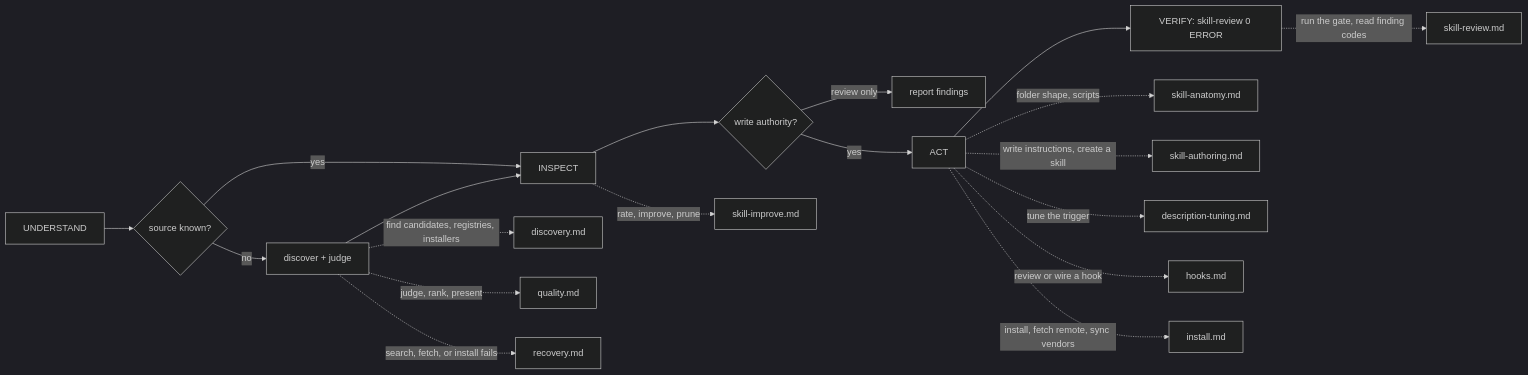
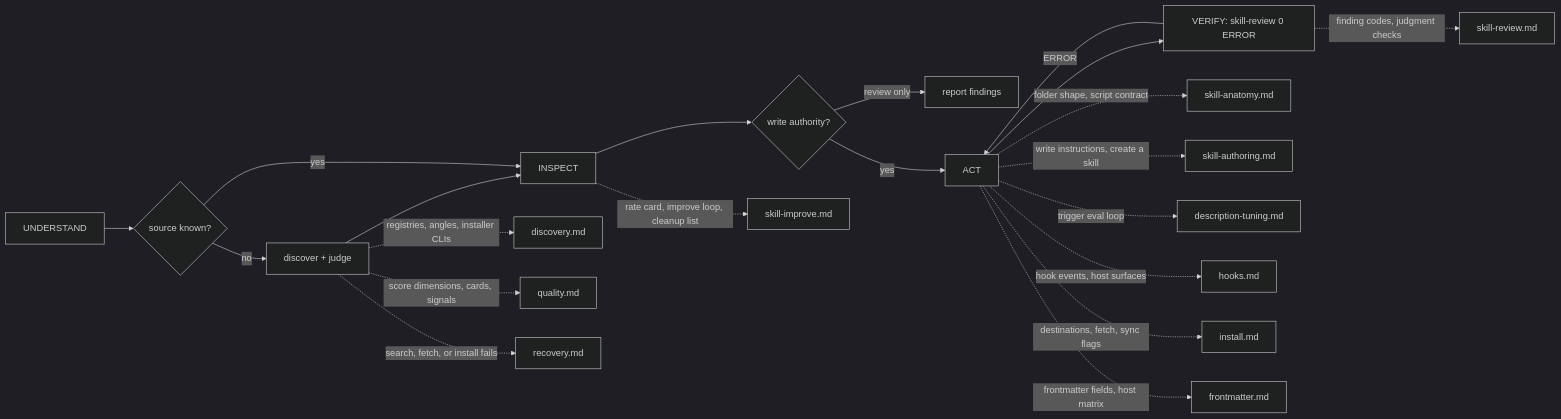
Before and after one commit to bgauryy/octocode: the diagram in skills/octocode-skills/SKILL.md, drawn with Mermaid (dark theme). The commit also changed other lines of this file and 374 other files, not shown here.

````diff
--- a/skills/octocode-skills/SKILL.md
+++ b/skills/octocode-skills/SKILL.md
@@ -17,19 +16,21 @@
 ```mermaid
 flowchart LR
   U[UNDERSTAND] --> Q{source known?}
   Q -- no --> D[discover + judge] --> I
   Q -- yes --> I[INSPECT]
   I --> W{write authority?}
   W -- "review only" --> R[report findings]
   W -- yes --> A[ACT] --> V[VERIFY: skill-review 0 ERROR]
-  D -. "find candidates, registries, installers" .-> P1["discovery.md"]
-  D -. "judge, rank, present" .-> P2["quality.md"]
+  V -- ERROR --> A
+  D -. "registries, angles, installer CLIs" .-> P1["discovery.md"]
+  D -. "score dimensions, cards, signals" .-> P2["quality.md"]
   D -. "search, fetch, or install fails" .-> P3["recovery.md"]
-  I -. "rate, improve, prune" .-> P4["skill-improve.md"]
-  A -. "folder shape, scripts" .-> P5["skill-anatomy.md"]
+  I -. "rate card, improve loop, cleanup list" .-> P4["skill-improve.md"]
+  A -. "folder shape, script contract" .-> P5["skill-anatomy.md"]
   A -. "write instructions, create a skill" .-> P6["skill-authoring.md"]
-  A -. "tune the trigger" .-> P7["description-tuning.md"]
-  A -. "review or wire a hook" .-> P8["hooks.md"]
-  A -. "install, fetch remote, sync vendors" .-> P9["install.md"]
-  V -. "run the gate, read finding codes" .-> P10["skill-review.md"]
+  A -. "trigger eval loop" .-> P7["description-tuning.md"]
+  A -. "hook events, host surfaces" .-> P8["hooks.md"]
+  A -. "destinations, fetch, sync flags" .-> P9["install.md"]
+  V -. "finding codes, judgment checks" .-> P10["skill-review.md"]
+  A -. "frontmatter fields, host matrix" .-> P11["frontmatter.md"]
 ```
````
